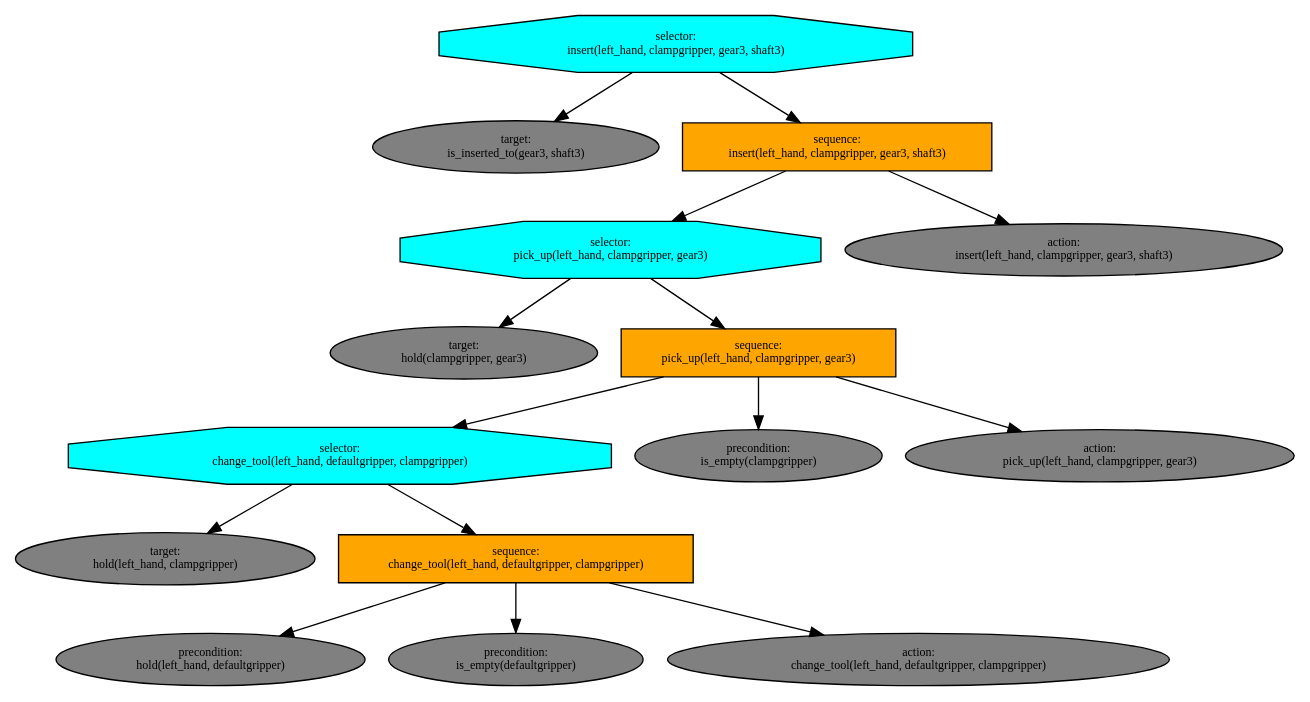
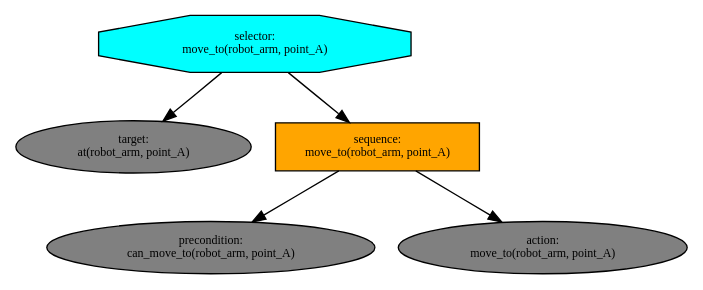
Before and after one commit to AllenKaixuan/kios: the diagram in kios_bt_planning/kios_utils/visualisation.dot, drawn with Graphviz. The commit also changed 6 other files, not shown here.

```diff
--- a/kios_bt_planning/kios_utils/visualisation.dot
+++ b/kios_bt_planning/kios_utils/visualisation.dot
@@ -1,93 +1,33 @@
 digraph pastafarianism {
 ordering=out;
 graph [fontname="times-roman"];
 node [fontname="times-roman"];
 edge [fontname="times-roman"];
 "selector:
- insert(left_hand, clampgripper, gear3, shaft3)" [fillcolor=cyan, fontcolor=black, fontsize=9, label="selector:
- insert(left_hand, clampgripper, gear3, shaft3)", shape=octagon, style=filled];
+ move_to(robot_arm, point_A)" [fillcolor=cyan, fontcolor=black, fontsize=9, label="selector:
+ move_to(robot_arm, point_A)", shape=octagon, style=filled];
 "target:
- is_inserted_to(gear3, shaft3)" [fillcolor=gray, fontcolor=black, fontsize=9, label="target:
- is_inserted_to(gear3, shaft3)", shape=ellipse, style=filled];
+ at(robot_arm, point_A)" [fillcolor=gray, fontcolor=black, fontsize=9, label="target:
+ at(robot_arm, point_A)", shape=ellipse, style=filled];
 "selector:
- insert(left_hand, clampgripper, gear3, shaft3)" -> "target:
- is_inserted_to(gear3, shaft3)";
+ move_to(robot_arm, point_A)" -> "target:
+ at(robot_arm, point_A)";
 "sequence:
- insert(left_hand, clampgripper, gear3, shaft3)" [fillcolor=orange, fontcolor=black, fontsize=9, label="sequence:
- insert(left_hand, clampgripper, gear3, shaft3)", shape=box, style=filled];
+ move_to(robot_arm, point_A)" [fillcolor=orange, fontcolor=black, fontsize=9, label="sequence:
+ move_to(robot_arm, point_A)", shape=box, style=filled];
 "selector:
- insert(left_hand, clampgripper, gear3, shaft3)" -> "sequence:
- insert(left_hand, clampgripper, gear3, shaft3)";
-"selector:
- pick_up(left_hand, clampgripper, gear3)" [fillcolor=cyan, fontcolor=black, fontsize=9, label="selector:
- pick_up(left_hand, clampgripper, gear3)", shape=octagon, style=filled];
+ move_to(robot_arm, point_A)" -> "sequence:
+ move_to(robot_arm, point_A)";
+"precondition:
+ can_move_to(robot_arm, point_A)" [fillcolor=gray, fontcolor=black, fontsize=9, label="precondition:
+ can_move_to(robot_arm, point_A)", shape=ellipse, style=filled];
 "sequence:
- insert(left_hand, clampgripper, gear3, shaft3)" -> "selector:
- pick_up(left_hand, clampgripper, gear3)";
-"target:
- hold(clampgripper, gear3)" [fillcolor=gray, fontcolor=black, fontsize=9, label="target:
- hold(clampgripper, gear3)", shape=ellipse, style=filled];
-"selector:
- pick_up(left_hand, clampgripper, gear3)" -> "target:
- hold(clampgripper, gear3)";
+ move_to(robot_arm, point_A)" -> "precondition:
+ can_move_to(robot_arm, point_A)";
+"action:
+ move_to(robot_arm, point_A)" [fillcolor=gray, fontcolor=black, fontsize=9, label="action:
+ move_to(robot_arm, point_A)", shape=ellipse, style=filled];
 "sequence:
- pick_up(left_hand, clampgripper, gear3)" [fillcolor=orange, fontcolor=black, fontsize=9, label="sequence:
- pick_up(left_hand, clampgripper, gear3)", shape=box, style=filled];
-"selector:
- pick_up(left_hand, clampgripper, gear3)" -> "sequence:
- pick_up(left_hand, clampgripper, gear3)";
-"selector:
- change_tool(left_hand, defaultgripper, clampgripper)" [fillcolor=cyan, fontcolor=black, fontsize=9, label="selector:
- change_tool(left_hand, defaultgripper, clampgripper)", shape=octagon, style=filled];
-"sequence:
- pick_up(left_hand, clampgripper, gear3)" -> "selector:
- change_tool(left_hand, defaultgripper, clampgripper)";
-"target:
- hold(left_hand, clampgripper)" [fillcolor=gray, fontcolor=black, fontsize=9, label="target:
- hold(left_hand, clampgripper)", shape=ellipse, style=filled];
-"selector:
- change_tool(left_hand, defaultgripper, clampgripper)" -> "target:
- hold(left_hand, clampgripper)";
-"sequence:
- change_tool(left_hand, defaultgripper, clampgripper)" [fillcolor=orange, fontcolor=black, fontsize=9, label="sequence:
- change_tool(left_hand, defaultgripper, clampgripper)", shape=box, style=filled];
-"selector:
- change_tool(left_hand, defaultgripper, clampgripper)" -> "sequence:
- change_tool(left_hand, defaultgripper, clampgripper)";
-"precondition:
- hold(left_hand, defaultgripper)" [fillcolor=gray, fontcolor=black, fontsize=9, label="precondition:
- hold(left_hand, defaultgripper)", shape=ellipse, style=filled];
-"sequence:
- change_tool(left_hand, defaultgripper, clampgripper)" -> "precondition:
- hold(left_hand, defaultgripper)";
-"precondition:
- is_empty(defaultgripper)" [fillcolor=gray, fontcolor=black, fontsize=9, label="precondition:
- is_empty(defaultgripper)", shape=ellipse, style=filled];
-"sequence:
- change_tool(left_hand, defaultgripper, clampgripper)" -> "precondition:
- is_empty(defaultgripper)";
-"action:
- change_tool(left_hand, defaultgripper, clampgripper)" [fillcolor=gray, fontcolor=black, fontsize=9, label="action:
- change_tool(left_hand, defaultgripper, clampgripper)", shape=ellipse, style=filled];
-"sequence:
- change_tool(left_hand, defaultgripper, clampgripper)" -> "action:
- change_tool(left_hand, defaultgripper, clampgripper)";
-"precondition:
- is_empty(clampgripper)" [fillcolor=gray, fontcolor=black, fontsize=9, label="precondition:
- is_empty(clampgripper)", shape=ellipse, style=filled];
-"sequence:
- pick_up(left_hand, clampgripper, gear3)" -> "precondition:
- is_empty(clampgripper)";
-"action:
- pick_up(left_hand, clampgripper, gear3)" [fillcolor=gray, fontcolor=black, fontsize=9, label="action:
- pick_up(left_hand, clampgripper, gear3)", shape=ellipse, style=filled];
-"sequence:
- pick_up(left_hand, clampgripper, gear3)" -> "action:
- pick_up(left_hand, clampgripper, gear3)";
-"action:
- insert(left_hand, clampgripper, gear3, shaft3)" [fillcolor=gray, fontcolor=black, fontsize=9, label="action:
- insert(left_hand, clampgripper, gear3, shaft3)", shape=ellipse, style=filled];
-"sequence:
- insert(left_hand, clampgripper, gear3, shaft3)" -> "action:
- insert(left_hand, clampgripper, gear3, shaft3)";
+ move_to(robot_arm, point_A)" -> "action:
+ move_to(robot_arm, point_A)";
 }
```
